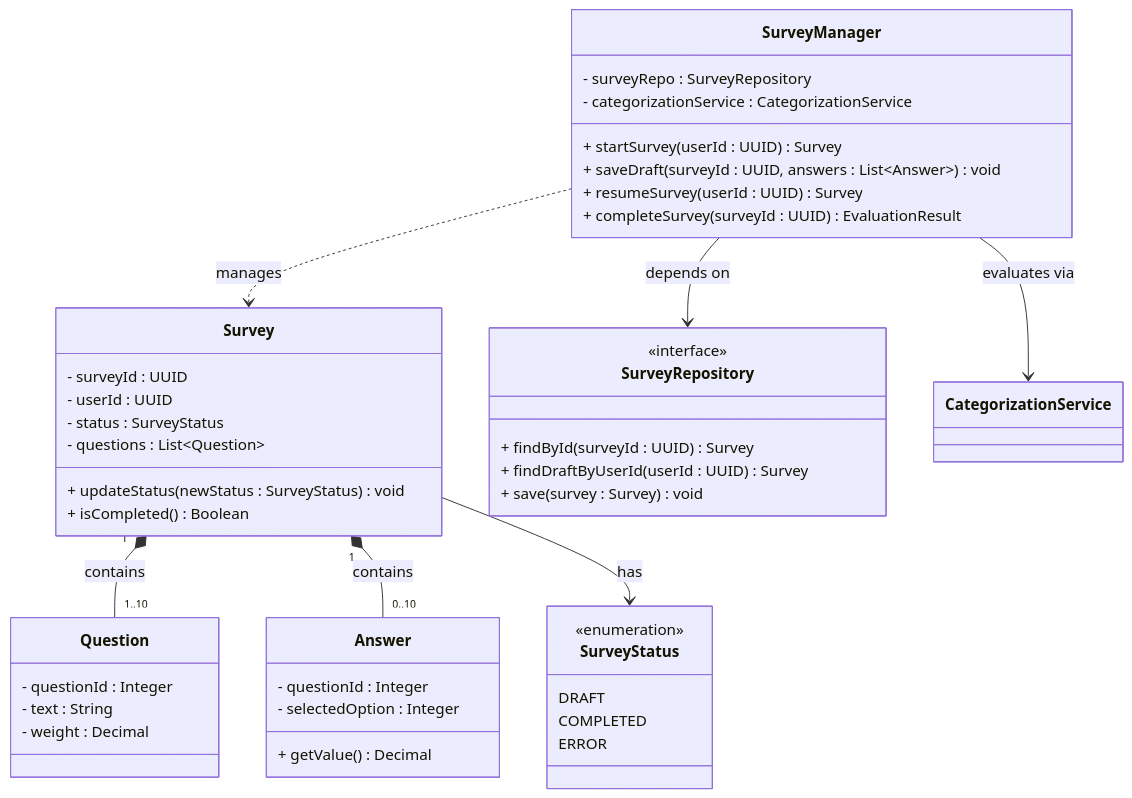
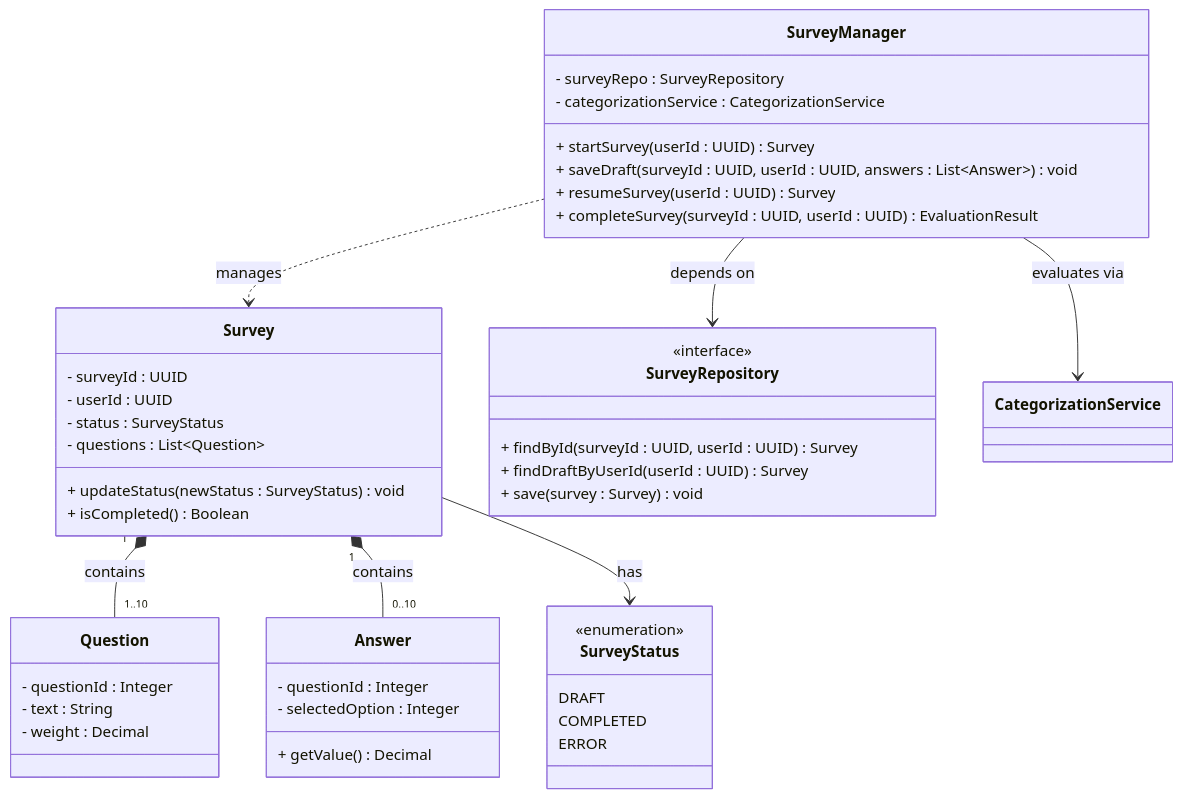
One commit to juacortesva/Grupo-5-Finanzas-Ingesoft_I_UN_2026-II changed the third of 3 diagrams in docs/design/01_Architectural_and_Detailed_Design.md. Above: the diagram before and after it, drawn with Mermaid. The commit also changed other lines of this file, not shown here.

First line of the commit message:
Revise architectural and detailed design for security

````diff
--- a/docs/design/01_Architectural_and_Detailed_Design.md
+++ b/docs/design/01_Architectural_and_Detailed_Design.md
@@ -175,53 +159,53 @@
 ```mermaid
 classDiagram
     class SurveyManager {
         - surveyRepo : SurveyRepository
         - categorizationService : CategorizationService
         + startSurvey(userId : UUID) Survey
-        + saveDraft(surveyId : UUID, answers : List~Answer~) void
+        + saveDraft(surveyId : UUID, userId : UUID, answers : List~Answer~) void
         + resumeSurvey(userId : UUID) Survey
-        + completeSurvey(surveyId : UUID) EvaluationResult
+        + completeSurvey(surveyId : UUID, userId : UUID) EvaluationResult
     }
   
     class Survey {
         - surveyId : UUID
         - userId : UUID
         - status : SurveyStatus
         - questions : List~Question~
         + updateStatus(newStatus : SurveyStatus) void
         + isCompleted() Boolean
     }
   
     class Question {
         - questionId : Integer
         - text : String
         - weight : Decimal
     }
   
     class Answer {
         - questionId : Integer
         - selectedOption : Integer
         + getValue() Decimal
     }
   
     class SurveyStatus {
         <<enumeration>>
         DRAFT
         COMPLETED
         ERROR
     }
   
     class SurveyRepository {
         <<interface>>
-        + findById(surveyId : UUID) Survey
+        + findById(surveyId : UUID, userId : UUID) Survey
         + findDraftByUserId(userId : UUID) Survey
         + save(survey : Survey) void
     }
 
     SurveyManager --> SurveyRepository : depends on
     SurveyManager --> CategorizationService : evaluates via
     SurveyManager ..> Survey : manages
     Survey "1" *-- "1..10" Question : contains
     Survey "1" *-- "0..10" Answer : contains
     Survey --> SurveyStatus : has
 ```
````
